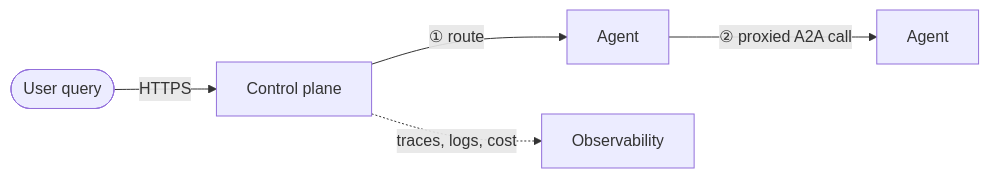
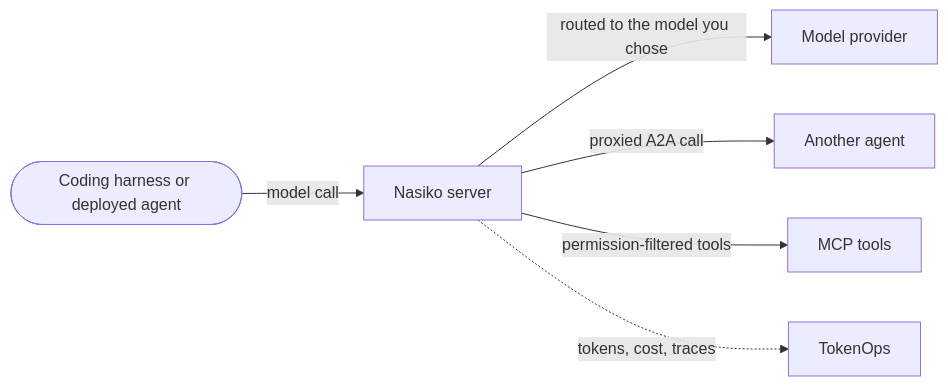
The diagram in index.mdx (Nasiko-Labs/docs), drawn with Mermaid before and after one commit. The commit also changed other lines of this file and 159 other files, not shown here.

````diff
--- a/index.mdx
+++ b/index.mdx
@@ -28,7 +53,8 @@
 ```mermaid
 flowchart LR
-    User(["User query"]) -->|"HTTPS"| CP["Control plane"]
-    CP -->|"① route"| Agent1["Agent"]
-    Agent1 -->|"② proxied A2A call"| Agent2["Agent"]
-    CP -.->|"traces, logs, cost"| Obs["Observability"]
+    Harness(["Coding harness or deployed agent"]) -->|"model call"| Nasiko["Nasiko server"]
+    Nasiko -->|"routed to the model you chose"| Provider["Model provider"]
+    Nasiko -->|"proxied A2A call"| Agent["Another agent"]
+    Nasiko -->|"permission-filtered tools"| Tools["MCP tools"]
+    Nasiko -.->|"tokens, cost, traces"| TokenOps["TokenOps"]
 ```
````
